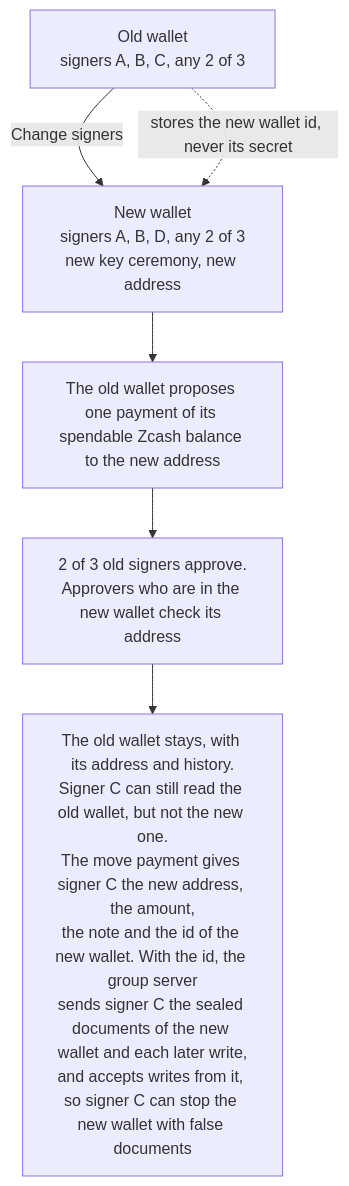
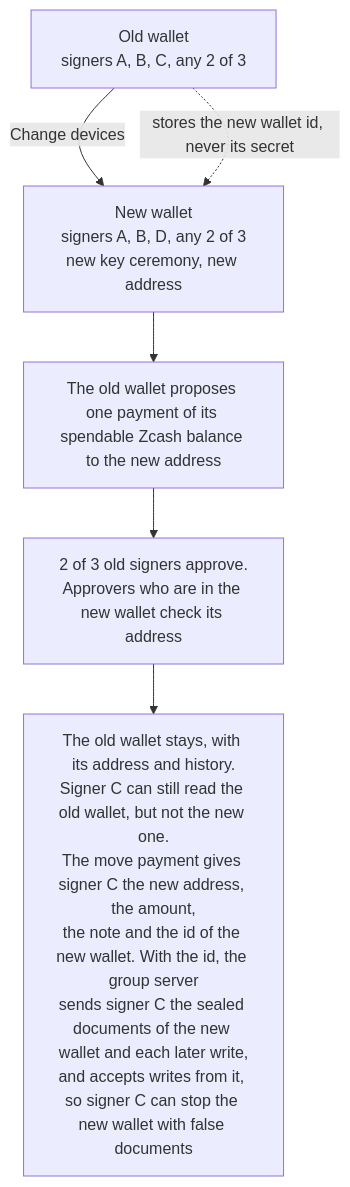
The fourth of 4 diagrams in PROTOCOL.md (devzigs/zigs), drawn with Mermaid before and after one commit. The commit also changed other lines of this file and 15 other files, not shown here.

````diff
--- a/PROTOCOL.md
+++ b/PROTOCOL.md
@@ -536,8 +540,8 @@
 ```mermaid
 flowchart TD
-  OLD["Old wallet<br/>signers A, B, C, any 2 of 3"] -->|Change signers| NEW["New wallet<br/>signers A, B, D, any 2 of 3<br/>new key ceremony, new address"]
+  OLD["Old wallet<br/>signers A, B, C, any 2 of 3"] -->|Change devices| NEW["New wallet<br/>signers A, B, D, any 2 of 3<br/>new key ceremony, new address"]
   OLD -.->|stores the new wallet id, never its secret| NEW
   NEW --> PAY["The old wallet proposes one payment of its spendable Zcash balance to the new address"]
   PAY --> OK["2 of 3 old signers approve.<br/>Approvers who are in the new wallet check its address"]
   OK --> STAY["The old wallet stays, with its address and history.<br/>Signer C can still read the old wallet, but not the new one.<br/>The move payment gives signer C the new address, the amount,<br/>the note and the id of the new wallet. With the id, the group server<br/>sends signer C the sealed documents of the new wallet and each later write,<br/>and accepts writes from it, so signer C can stop the new wallet with false documents"]
 ```
````
